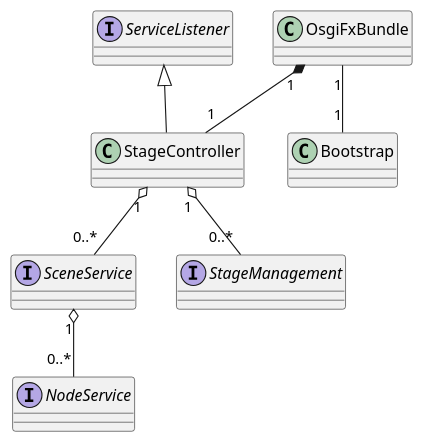
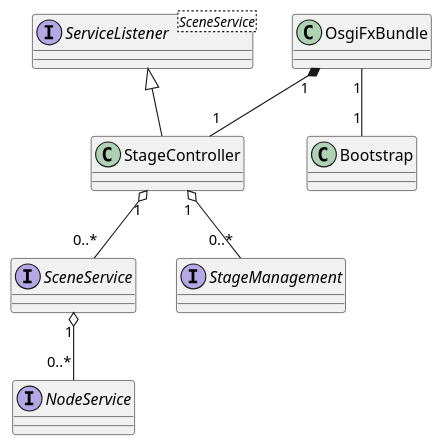
One commit to jtkb/flexfx changed the diagram in documentation/diagrams/class/OsgiFxClass.puml. Above: the diagram before and after it, drawn with PlantUML. The commit also changed 16 other files, not shown here.

```diff
--- a/documentation/diagrams/class/OsgiFxClass.puml
+++ b/documentation/diagrams/class/OsgiFxClass.puml
@@ -1,20 +1,20 @@
 @startuml
 
 interface SceneService
 interface NodeService
-interface ServiceListener
+interface ServiceListener<SceneService>
 interface StageManagement
 
 class OsgiFxBundle
 class Bootstrap
 class StageController
 
 OsgiFxBundle "1" -- "1" Bootstrap
 OsgiFxBundle "1" *-- "1" StageController
 ServiceListener <|-- StageController
 StageController "1" o-- "0..*" StageManagement
 StageController "1" o-- "0..*" SceneService
 SceneService "1" o-- "0..*" NodeService
 
 
 @enduml
```
